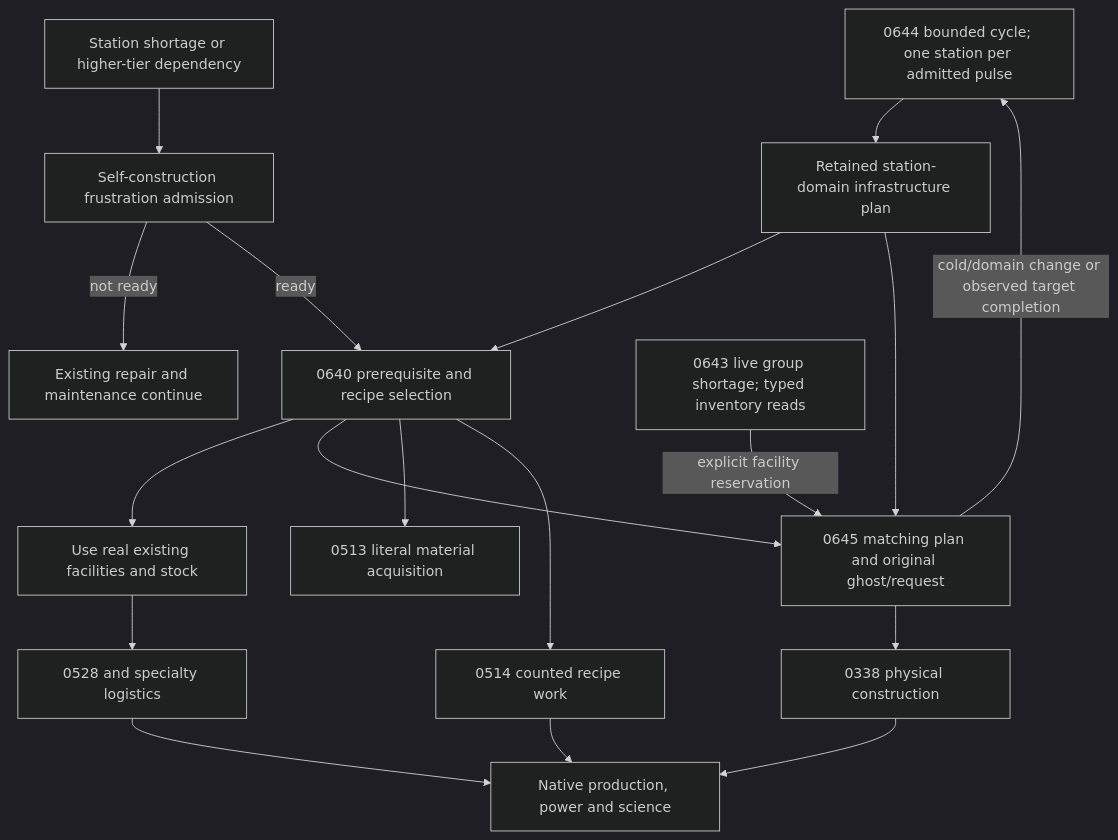
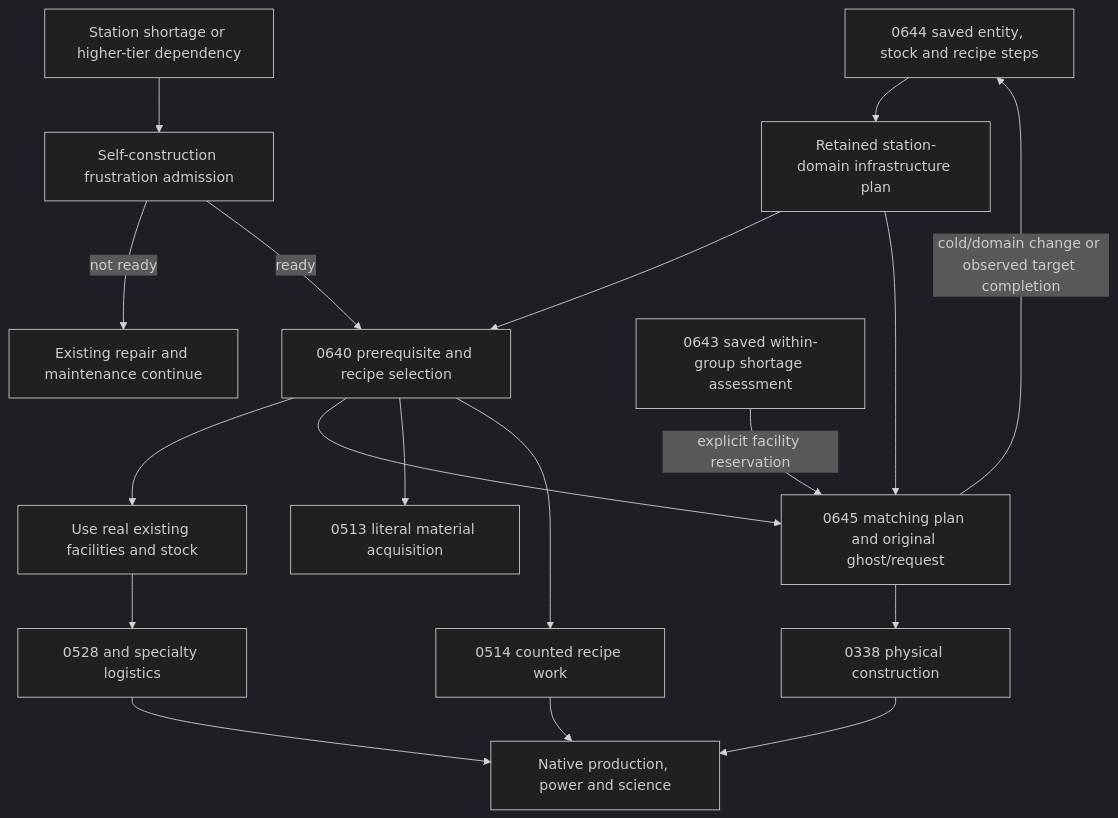
The first of 3 diagrams in docs/BEHAVIOR_MERMAID_FUNCTION_DRILLDOWN_0666_INFRASTRUCTURE_PLANNING.md (mrcalzon02/Tech-Priests), drawn with Mermaid (dark theme) before and after one commit. The commit also changed other lines of this file and 66 other files, not shown here.

First line of the commit message:
perf: resume force planning and placement in bounded saved steps

````diff
--- a/docs/BEHAVIOR_MERMAID_FUNCTION_DRILLDOWN_0666_INFRASTRUCTURE_PLANNING.md
+++ b/docs/BEHAVIOR_MERMAID_FUNCTION_DRILLDOWN_0666_INFRASTRUCTURE_PLANNING.md
@@ -15,20 +15,20 @@
 ```mermaid
 flowchart TD
-    Survey["0644 bounded cycle; one station per admitted pulse"] --> Plan["Retained station-domain infrastructure plan"]
+    Survey["0644 saved entity, stock and recipe steps"] --> Plan["Retained station-domain infrastructure plan"]
     Need["Station shortage or higher-tier dependency"] --> Gate["Self-construction frustration admission"]
     Gate -->|"not ready"| Maintain["Existing repair and maintenance continue"]
     Gate -->|"ready"| Governor["0640 prerequisite and recipe selection"]
     Plan --> Governor
     Governor --> Existing["Use real existing facilities and stock"]
     Governor --> Build["0645 matching plan and original ghost/request"]
-    Assessment["0643 live group shortage; typed inventory reads"] -->|"explicit facility reservation"| Build
+    Assessment["0643 saved within-group shortage assessment"] -->|"explicit facility reservation"| Build
     Plan --> Build
     Build -->|"cold/domain change or observed target completion"| Survey
     Build --> Constructor["0338 physical construction"]
     Governor --> Acquire["0513 literal material acquisition"]
     Governor --> Craft["0514 counted recipe work"]
     Existing --> Logistics["0528 and specialty logistics"]
     Constructor --> Native["Native production, power and science"]
     Logistics --> Native
     Craft --> Native
 ```
````
